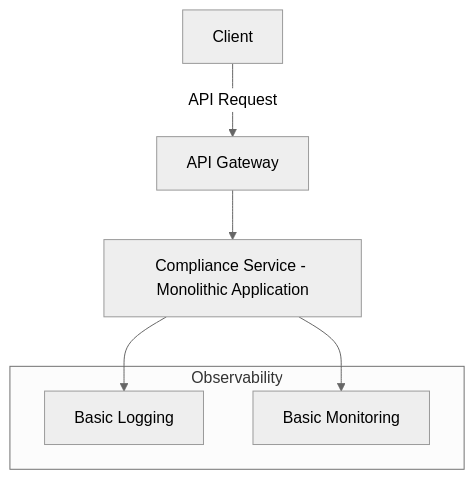
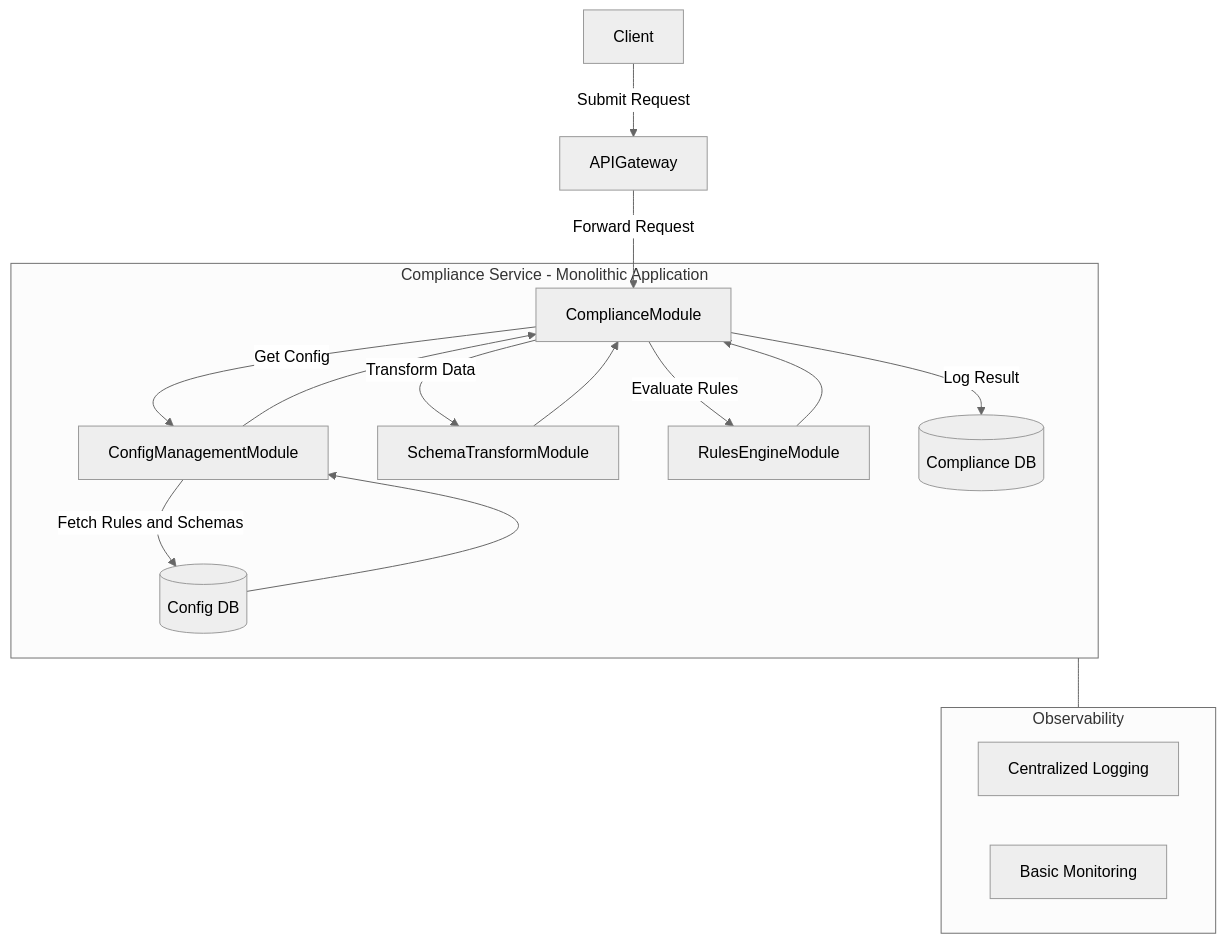
One commit to miketolbert/compliance-service changed the first of 2 diagrams in SIMPLIFIED_APPROACH.md. Above: the diagram before and after it, drawn with Mermaid (neutral theme). The commit also changed other lines of this file and 1 other file, not shown here.

Commit message:
update high level diagrams

````diff
--- a/SIMPLIFIED_APPROACH.md
+++ b/SIMPLIFIED_APPROACH.md
@@ -9,13 +9,34 @@
 ```mermaid
 graph TD
-    A[Client] -->|API Request| B[API Gateway]
-    B --> C[Compliance Service - Monolithic Application]
+    Client -->|Submit Request| APIGateway
+    APIGateway -->|Forward Request| ComplianceModule
 
-    subgraph Observability
-        E[Basic Logging]
-        F[Basic Monitoring]
+    subgraph A[Compliance Service - Monolithic Application]
+        ComplianceModule
+        ConfigManagementModule
+        SchemaTransformModule
+        RulesEngineModule
+        ConfigDB
+        ComplianceDB
     end
 
-    C --> E
-    C --> F
+    ComplianceModule -->|Get Config| ConfigManagementModule
+    ConfigManagementModule -->|Fetch Rules and Schemas| ConfigDB[(Config DB)]
+    ConfigDB --> ConfigManagementModule
+    ConfigManagementModule --> ComplianceModule
+
+    ComplianceModule -->|Transform Data| SchemaTransformModule
+    SchemaTransformModule --> ComplianceModule
+
+    ComplianceModule -->|Evaluate Rules| RulesEngineModule
+    RulesEngineModule --> ComplianceModule
+
+    ComplianceModule -->|Log Result| ComplianceDB[(Compliance DB)]
+ 
+    subgraph Observability
+        L[Centralized Logging]
+        M[Basic Monitoring]
+    end
+
+    A ----- Observability
 ```
````
